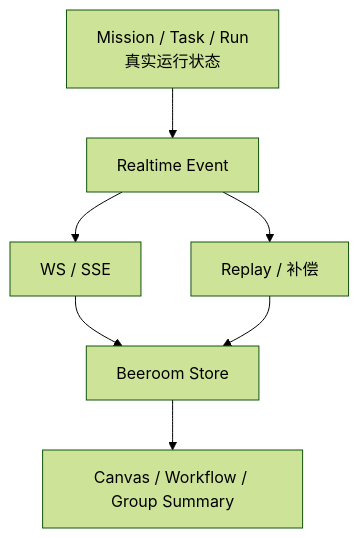
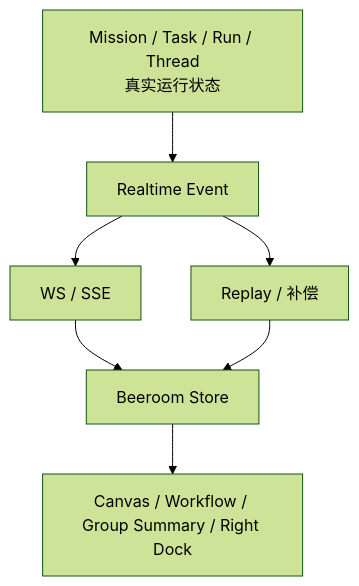
The third of 4 diagrams in docs/设计文档/蜂群行为设计.md (ylsdamxssjxxdd/wunder), drawn with Mermaid (forest theme) before and after one commit. The commit also changed other lines of this file and 8 other files, not shown here.

````diff
--- a/docs/设计文档/蜂群行为设计.md
+++ b/docs/设计文档/蜂群行为设计.md
@@ -262,9 +251,9 @@
 ```mermaid
 flowchart TD
-    A[Mission / Task / Run<br/>真实运行状态] --> B[Realtime Event]
+    A[Mission / Task / Run / Thread<br/>真实运行状态] --> B[Realtime Event]
     B --> C[WS / SSE]
     B --> D[Replay / 补偿]
     C --> E[Beeroom Store]
     D --> E
-    E --> F[Canvas / Workflow / Group Summary]
+    E --> F[Canvas / Workflow / Group Summary / Right Dock]
 ```
````
